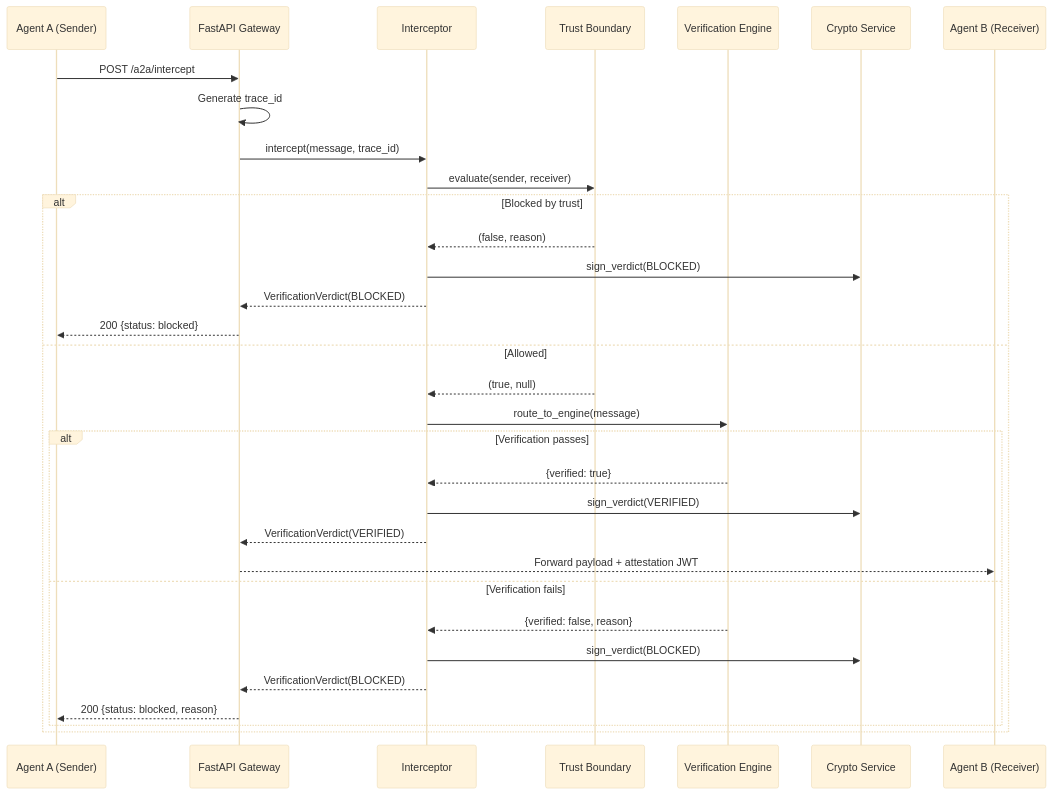
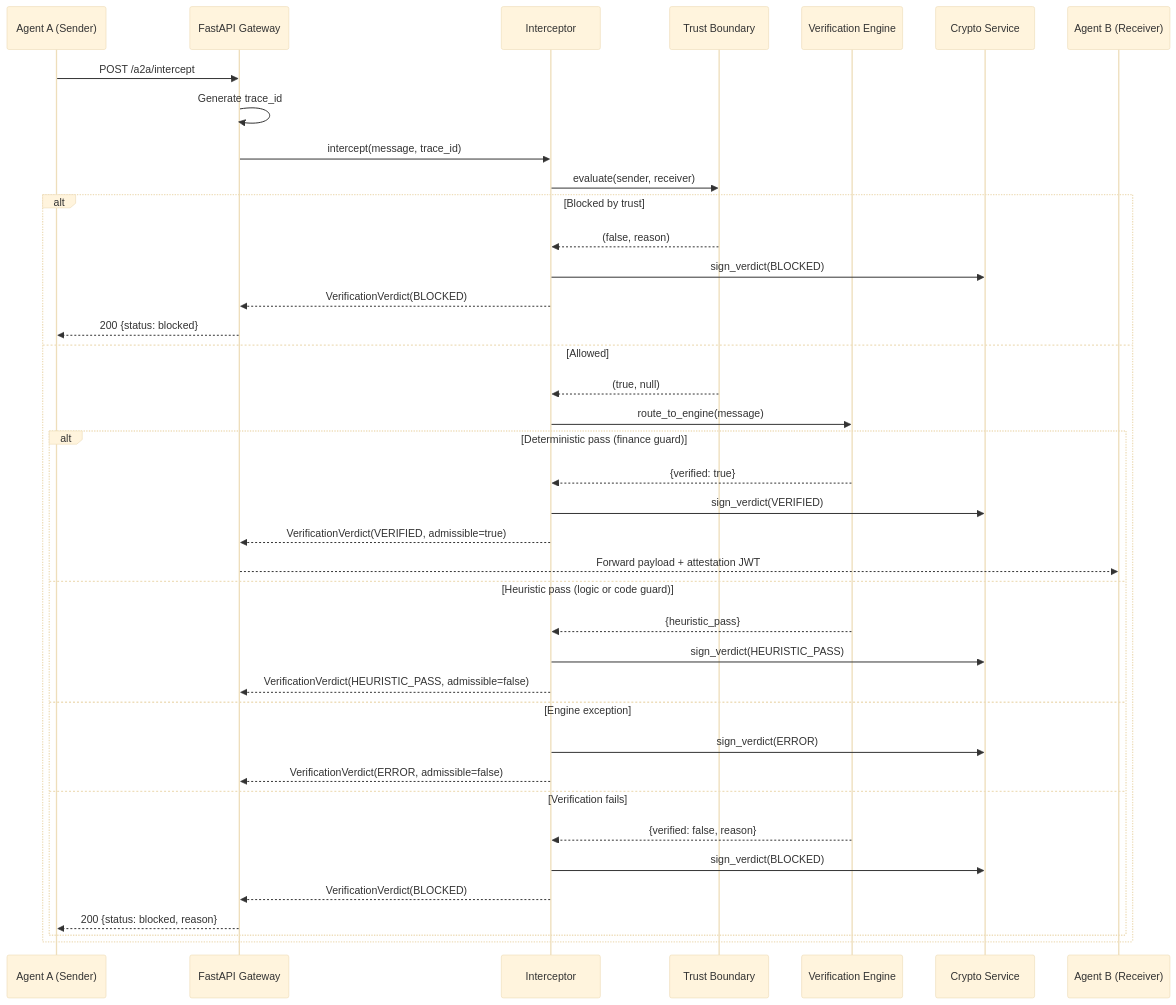
The second of 5 diagrams in a2a/architecture.mdx (QWED-AI/docs), drawn with Mermaid (base theme) before and after one commit. The commit also changed other lines of this file and 3 other files, not shown here.

Commit message:
docs(a2a): admissibility, forwarded→verified migration, logic normalization (#327)

````diff
--- a/a2a/architecture.mdx
+++ b/a2a/architecture.mdx
@@ -36,38 +36,45 @@
 ```mermaid
 sequenceDiagram
     participant Sender as Agent A (Sender)
     participant API as FastAPI Gateway
     participant Int as Interceptor
     participant TB as Trust Boundary
     participant Eng as Verification Engine
     participant Crypto as Crypto Service
     participant Recv as Agent B (Receiver)
 
     Sender->>API: POST /a2a/intercept
     API->>API: Generate trace_id
     API->>Int: intercept(message, trace_id)
 
     Int->>TB: evaluate(sender, receiver)
 
     alt Blocked by trust
         TB-->>Int: (false, reason)
         Int->>Crypto: sign_verdict(BLOCKED)
         Int-->>API: VerificationVerdict(BLOCKED)
         API-->>Sender: 200 {status: blocked}
     else Allowed
         TB-->>Int: (true, null)
         Int->>Eng: route_to_engine(message)
 
-        alt Verification passes
+        alt Deterministic pass (finance guard)
             Eng-->>Int: {verified: true}
             Int->>Crypto: sign_verdict(VERIFIED)
-            Int-->>API: VerificationVerdict(VERIFIED)
+            Int-->>API: VerificationVerdict(VERIFIED, admissible=true)
             API-->>Recv: Forward payload + attestation JWT
+        else Heuristic pass (logic or code guard)
+            Eng-->>Int: {heuristic_pass}
+            Int->>Crypto: sign_verdict(HEURISTIC_PASS)
+            Int-->>API: VerificationVerdict(HEURISTIC_PASS, admissible=false)
+        else Engine exception
+            Int->>Crypto: sign_verdict(ERROR)
+            Int-->>API: VerificationVerdict(ERROR, admissible=false)
         else Verification fails
             Eng-->>Int: {verified: false, reason}
             Int->>Crypto: sign_verdict(BLOCKED)
             Int-->>API: VerificationVerdict(BLOCKED)
             API-->>Sender: 200 {status: blocked, reason}
         end
     end
 ```
````
